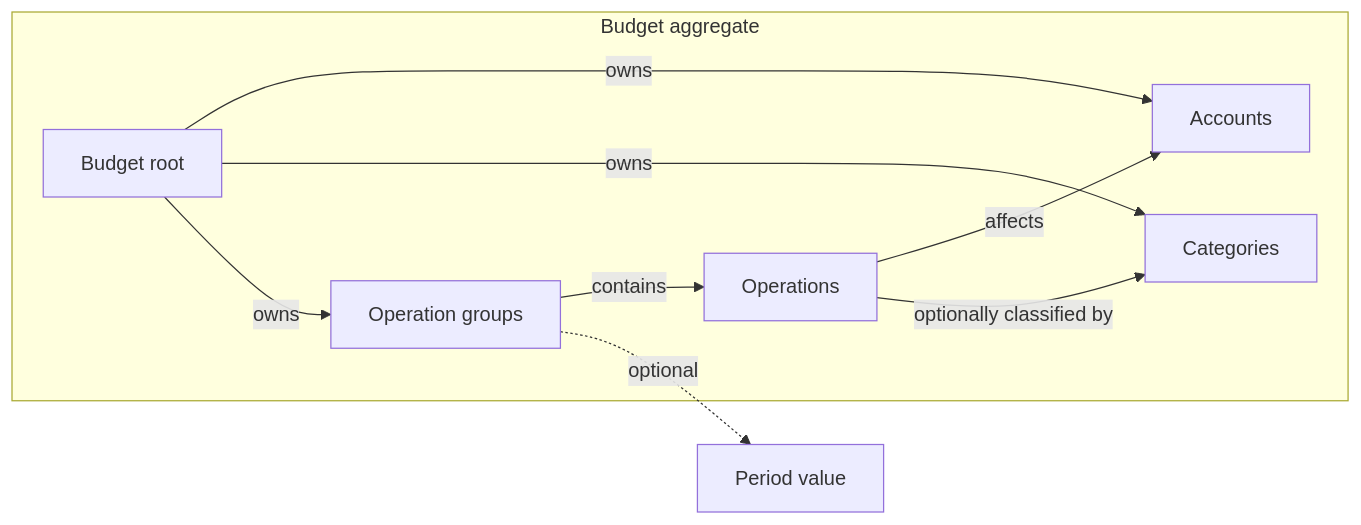
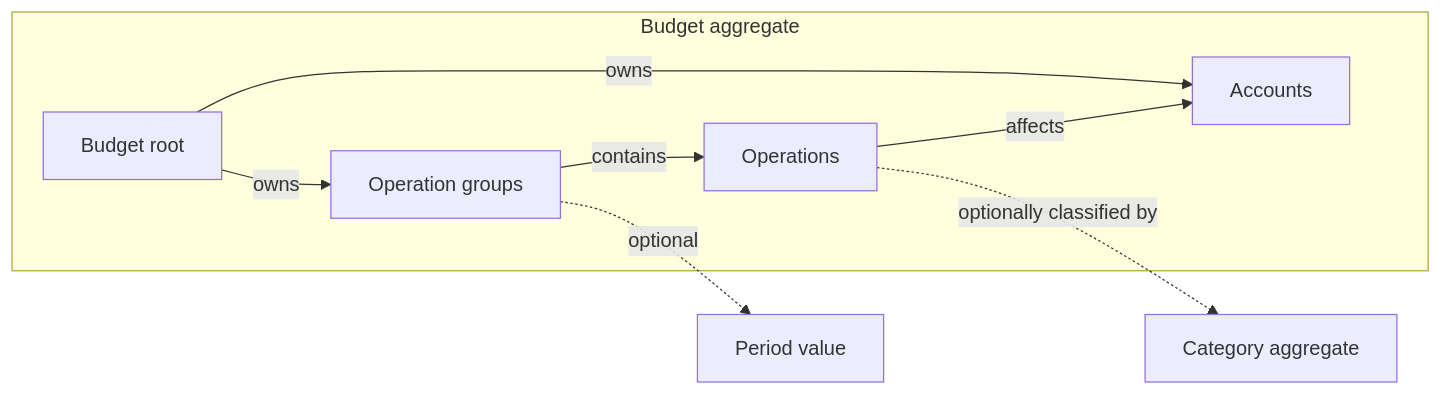
Before and after one commit to radynsade/faryengo: the diagram in docs/domain/budget.md, drawn with Mermaid. The commit also changed other lines of this file and 89 other files, not shown here.

````diff
--- a/docs/domain/budget.md
+++ b/docs/domain/budget.md
@@ -21,12 +21,11 @@
 ```mermaid
 flowchart LR
     subgraph BudgetAggregate[Budget aggregate]
         Budget[Budget root] -->|owns| Account[Accounts]
-        Budget -->|owns| Category[Categories]
         Budget -->|owns| Group[Operation groups]
         Group -->|contains| Operation[Operations]
         Operation -->|affects| Account
-        Operation -->|optionally classified by| Category
     end
+    Operation -.->|optionally classified by| Category[Category aggregate]
     Group -.->|optional| Period[Period value]
 ```
````
